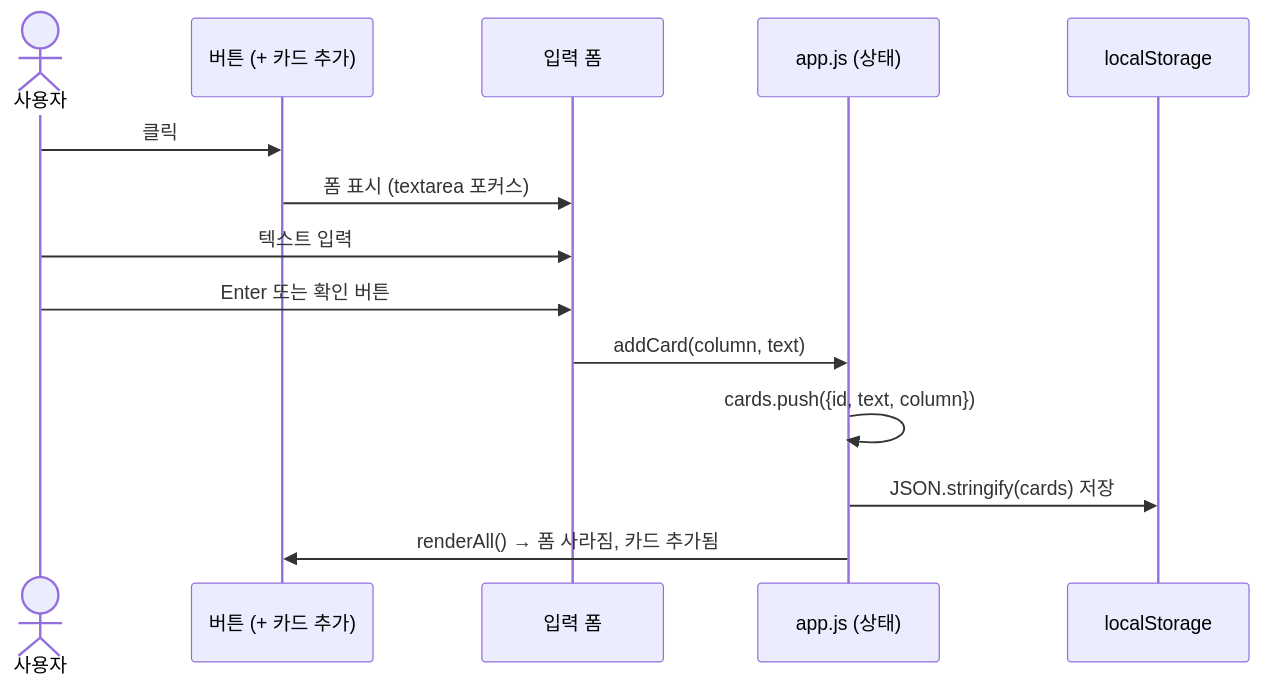
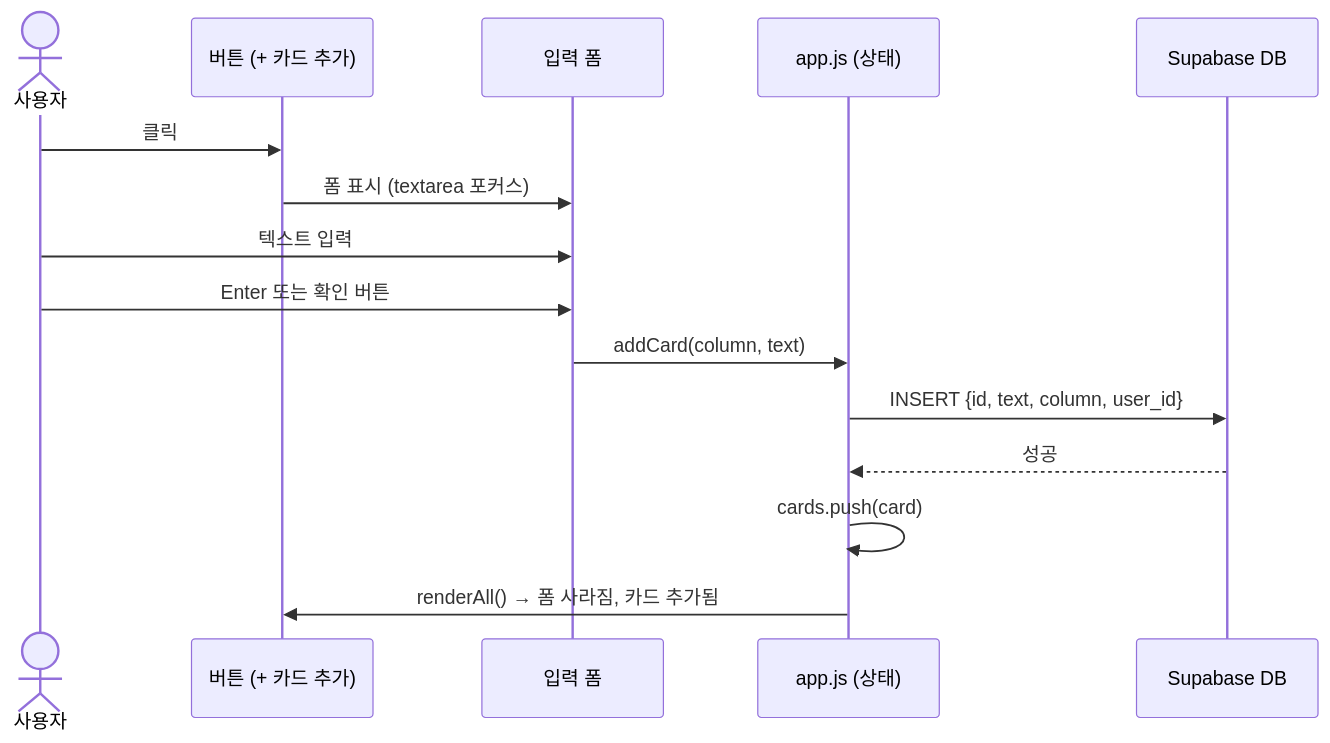
Before and after one commit to ksl3011/TEST_KANBAN: the third of 4 diagrams in UserFlow.md, drawn with Mermaid. The commit also changed other lines of this file and 6 other files, not shown here.

````diff
--- a/UserFlow.md
+++ b/UserFlow.md
@@ -76,17 +89,18 @@
 ```mermaid
 sequenceDiagram
     actor U as 사용자
     participant B as 버튼 (+ 카드 추가)
     participant F as 입력 폼
     participant S as app.js (상태)
-    participant L as localStorage
+    participant DB as Supabase DB
 
     U->>B: 클릭
     B->>F: 폼 표시 (textarea 포커스)
     U->>F: 텍스트 입력
     U->>F: Enter 또는 확인 버튼
     F->>S: addCard(column, text)
-    S->>S: cards.push({id, text, column})
-    S->>L: JSON.stringify(cards) 저장
+    S->>DB: INSERT {id, text, column, user_id}
+    DB-->>S: 성공
+    S->>S: cards.push(card)
     S->>B: renderAll() → 폼 사라짐, 카드 추가됨
 ```
````
